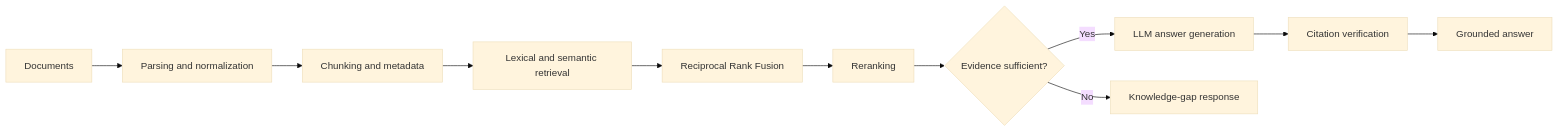
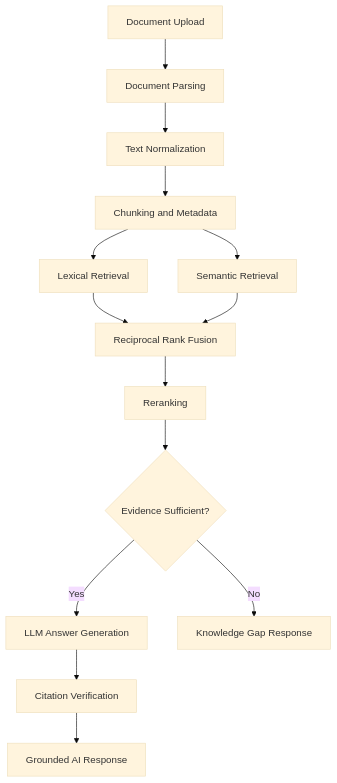
The diagram in rag-knowledge-assistant-main/README.md (Ganeshbasani/RAG-Knowledge-Assistant), drawn with Mermaid (base theme) before and after one commit. The commit also changed other lines of this file, not shown here.

````diff
--- a/rag-knowledge-assistant-main/README.md
+++ b/rag-knowledge-assistant-main/README.md
@@ -46,13 +143,16 @@
 ```mermaid
-flowchart LR
-    A[Documents] --> B[Parsing and normalization]
-    B --> C[Chunking and metadata]
-    C --> D[Lexical and semantic retrieval]
-    D --> E[Reciprocal Rank Fusion]
-    E --> F[Reranking]
-    F --> G{Evidence sufficient?}
-    G -->|Yes| H[LLM answer generation]
-    H --> I[Citation verification]
-    I --> J[Grounded answer]
-    G -->|No| K[Knowledge-gap response]
+flowchart TD
+    A[Document Upload] --> B[Document Parsing]
+    B --> C[Text Normalization]
+    C --> D[Chunking and Metadata]
+    D --> E[Lexical Retrieval]
+    D --> F[Semantic Retrieval]
+    E --> G[Reciprocal Rank Fusion]
+    F --> G
+    G --> H[Reranking]
+    H --> I{Evidence Sufficient?}
+    I -->|Yes| J[LLM Answer Generation]
+    J --> K[Citation Verification]
+    K --> L[Grounded AI Response]
+    I -->|No| M[Knowledge Gap Response]
 ```
````
